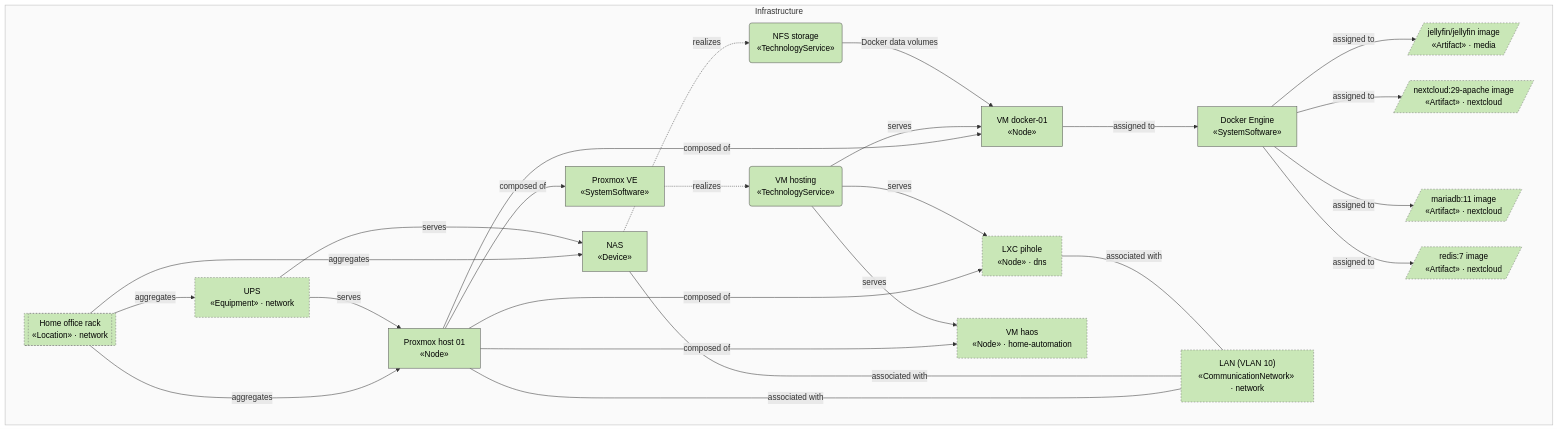
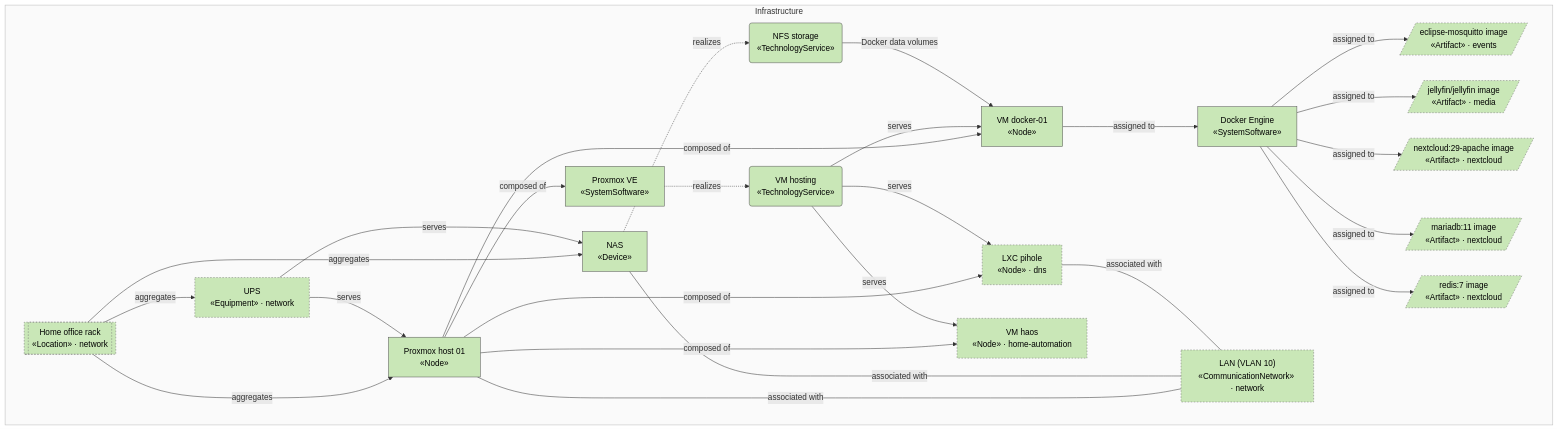
The third of 3 diagrams in docs/compute/view-infrastructure.md (b-zig/a4m), drawn with Mermaid before and after one commit. The commit also changed other lines of this file and 28 other files, not shown here.

````diff
--- a/docs/compute/view-infrastructure.md
+++ b/docs/compute/view-infrastructure.md
@@ -119,50 +122,52 @@
 ```mermaid
 flowchart TB
   subgraph layer_infrastructure["Infrastructure"]
     direction LR
     infra_pve_01["Proxmox host 01<br/>«Node»"]
     infra_proxmox_ve["Proxmox VE<br/>«SystemSoftware»"]
     infra_vm_docker["VM docker-01<br/>«Node»"]
     infra_docker["Docker Engine<br/>«SystemSoftware»"]
     infra_nas["NAS<br/>«Device»"]
     infra_svc_vm_hosting("VM hosting<br/>«TechnologyService»")
     infra_svc_nfs("NFS storage<br/>«TechnologyService»")
     dns__infra_lxc_pihole["LXC pihole<br/>«Node» · dns"]
+    events__infra_art_mosquitto[/"eclipse-mosquitto image<br/>«Artifact» · events"/]
     home_automation__infra_vm_haos["VM haos<br/>«Node» · home-automation"]
     media__infra_art_jellyfin[/"jellyfin/jellyfin image<br/>«Artifact» · media"/]
     network__infra_loc_home[["Home office rack<br/>«Location» · network"]]
     network__infra_net_lan["LAN (VLAN 10)<br/>«CommunicationNetwork» · network"]
     network__infra_ups["UPS<br/>«Equipment» · network"]
     nextcloud__infra_art_mariadb[/"mariadb:11 image<br/>«Artifact» · nextcloud"/]
     nextcloud__infra_art_nextcloud[/"nextcloud:29-apache image<br/>«Artifact» · nextcloud"/]
     nextcloud__infra_art_redis[/"redis:7 image<br/>«Artifact» · nextcloud"/]
   end
   infra_pve_01 -->|"composed of"| infra_proxmox_ve
   infra_pve_01 -->|"composed of"| infra_vm_docker
   infra_proxmox_ve -.->|"realizes"| infra_svc_vm_hosting
   infra_svc_vm_hosting -->|"serves"| infra_vm_docker
   infra_vm_docker -->|"assigned to"| infra_docker
   infra_nas -.->|"realizes"| infra_svc_nfs
   infra_svc_nfs -->|"Docker data volumes"| infra_vm_docker
   network__infra_loc_home -->|"aggregates"| infra_pve_01
   network__infra_loc_home -->|"aggregates"| infra_nas
   network__infra_ups -->|"serves"| infra_pve_01
   network__infra_ups -->|"serves"| infra_nas
   infra_pve_01 ---|"associated with"| network__infra_net_lan
   infra_nas ---|"associated with"| network__infra_net_lan
   infra_pve_01 -->|"composed of"| dns__infra_lxc_pihole
   infra_svc_vm_hosting -->|"serves"| dns__infra_lxc_pihole
   dns__infra_lxc_pihole ---|"associated with"| network__infra_net_lan
+  infra_docker -->|"assigned to"| events__infra_art_mosquitto
   infra_pve_01 -->|"composed of"| home_automation__infra_vm_haos
   infra_svc_vm_hosting -->|"serves"| home_automation__infra_vm_haos
   infra_docker -->|"assigned to"| media__infra_art_jellyfin
   network__infra_loc_home -->|"aggregates"| network__infra_ups
   infra_docker -->|"assigned to"| nextcloud__infra_art_nextcloud
   infra_docker -->|"assigned to"| nextcloud__infra_art_mariadb
   infra_docker -->|"assigned to"| nextcloud__infra_art_redis
   classDef infrastructure fill:#C9E7B7,stroke:#555,color:#000
-  class infra_pve_01,infra_proxmox_ve,infra_vm_docker,infra_docker,infra_nas,infra_svc_vm_hosting,infra_svc_nfs,dns__infra_lxc_pihole,home_automation__infra_vm_haos,media__infra_art_jellyfin,network__infra_loc_home,network__infra_net_lan,network__infra_ups,nextcloud__infra_art_mariadb,nextcloud__infra_art_nextcloud,nextcloud__infra_art_redis infrastructure
+  class infra_pve_01,infra_proxmox_ve,infra_vm_docker,infra_docker,infra_nas,infra_svc_vm_hosting,infra_svc_nfs,dns__infra_lxc_pihole,events__infra_art_mosquitto,home_automation__infra_vm_haos,media__infra_art_jellyfin,network__infra_loc_home,network__infra_net_lan,network__infra_ups,nextcloud__infra_art_mariadb,nextcloud__infra_art_nextcloud,nextcloud__infra_art_redis infrastructure
   style layer_infrastructure fill:#fafafa,stroke:#bbb
   classDef foreign stroke:#777,stroke-dasharray:3 3
-  class dns__infra_lxc_pihole,home_automation__infra_vm_haos,media__infra_art_jellyfin,network__infra_loc_home,network__infra_net_lan,network__infra_ups,nextcloud__infra_art_mariadb,nextcloud__infra_art_nextcloud,nextcloud__infra_art_redis foreign
+  class dns__infra_lxc_pihole,events__infra_art_mosquitto,home_automation__infra_vm_haos,media__infra_art_jellyfin,network__infra_loc_home,network__infra_net_lan,network__infra_ups,nextcloud__infra_art_mariadb,nextcloud__infra_art_nextcloud,nextcloud__infra_art_redis foreign
 ```
````
